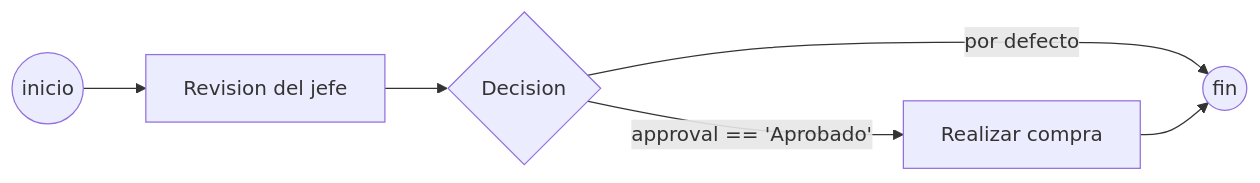
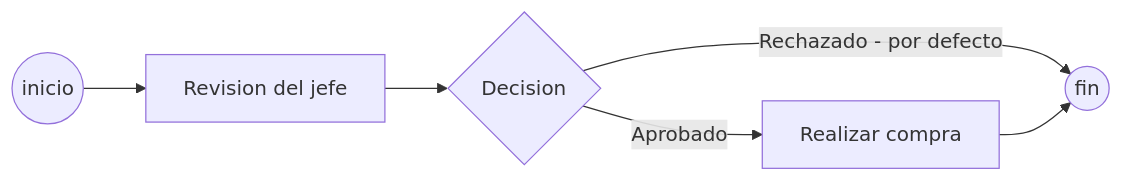
The diagram in docs/vault-mcp-ecorex/Recetas/R03 - Disenar y publicar un flujo.md (alexandercuartas665/EcorexV), drawn with Mermaid before and after one commit. The commit also changed other lines of this file and 40 other files, not shown here.

````diff
--- a/docs/vault-mcp-ecorex/Recetas/R03 - Disenar y publicar un flujo.md
+++ b/docs/vault-mcp-ecorex/Recetas/R03 - Disenar y publicar un flujo.md
@@ -13,8 +17,8 @@
 ```mermaid
 graph LR
   I((inicio)) --> R[Revision del jefe]
   R --> G{Decision}
-  G -->|approval == 'Aprobado'| C[Realizar compra]
-  G -->|por defecto| F((fin))
+  G -->|Aprobado| C[Realizar compra]
+  G -->|Rechazado - por defecto| F((fin))
   C --> F
 ```
````
